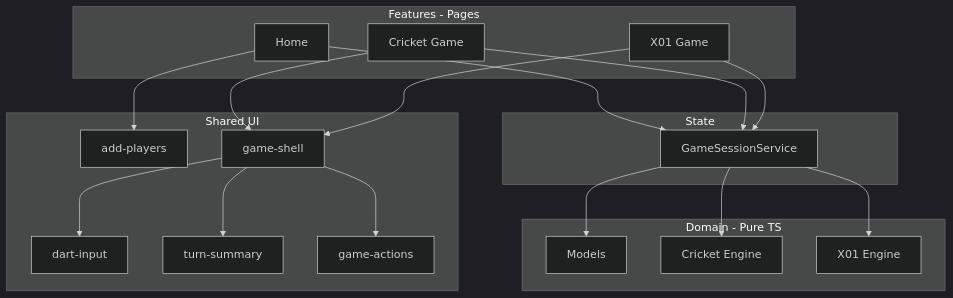
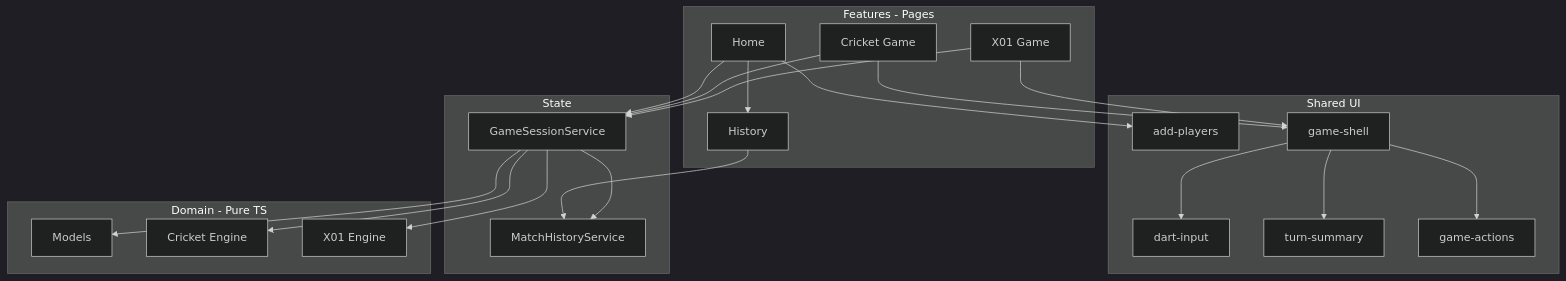
The diagram in architecture.md (ognjen004028/ng-darts), drawn with Mermaid (dark theme) before and after one commit. The commit also changed other lines of this file and 19 other files, not shown here.

````diff
--- a/architecture.md
+++ b/architecture.md
@@ -361,39 +380,44 @@
 ```mermaid
 flowchart TB
     subgraph features [Features - Pages]
         Home
+        History
         CricketUI[Cricket Game]
         X01UI[X01 Game]
     end
 
     subgraph shared [Shared UI]
         AddPlayers[add-players]
         DartInput[dart-input]
         TurnSummary[turn-summary]
         GameActions[game-actions]
         GameShell[game-shell]
     end
 
     subgraph state [State]
         Session[GameSessionService]
+        MatchHistory[MatchHistoryService]
     end
 
     subgraph domain [Domain - Pure TS]
         Models[Models]
         CricketEngine[Cricket Engine]
         X01Engine[X01 Engine]
     end
 
     Home --> AddPlayers
     Home --> Session
+    Home --> History
+    History --> MatchHistory
     CricketUI --> Session
     X01UI --> Session
+    Session --> MatchHistory
     CricketUI --> GameShell
     X01UI --> GameShell
     GameShell --> DartInput
     GameShell --> TurnSummary
     GameShell --> GameActions
     Session --> Models
     Session --> CricketEngine
     Session --> X01Engine
 ```
````
